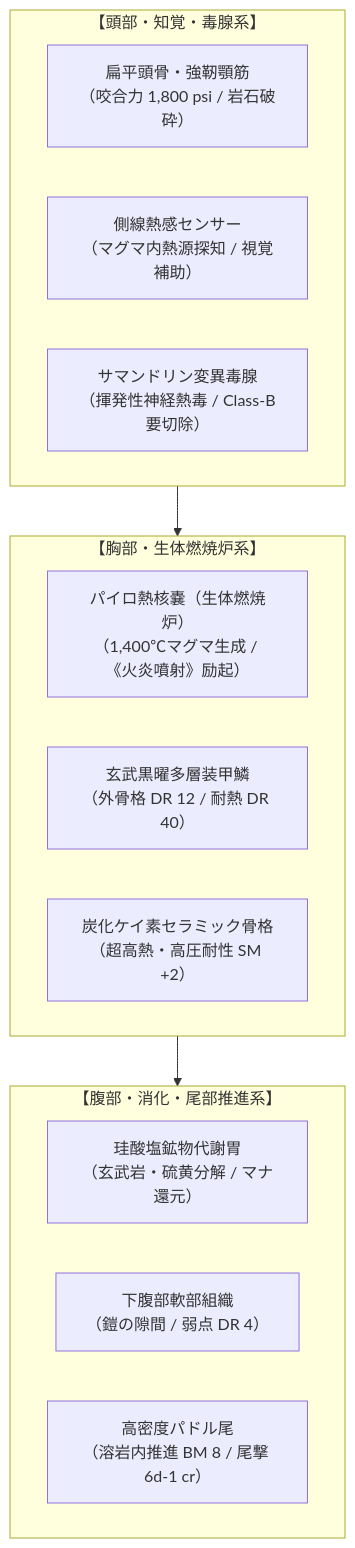
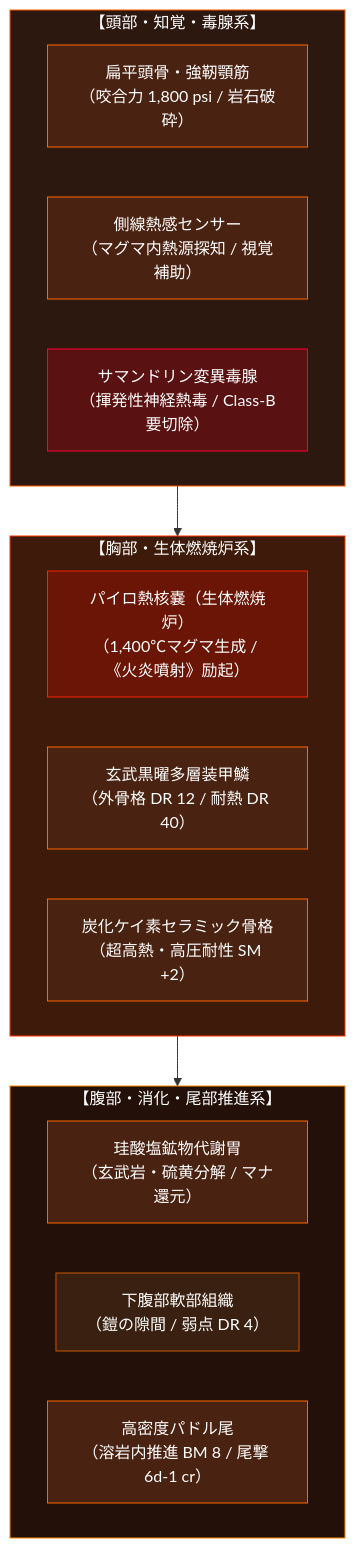
One commit to takenoriohno-cloud/world-building changed the first of 2 diagrams in creatures/004_magma_salamander.md. Above: the diagram before and after it, drawn with Mermaid. The commit also changed other lines of this file and 24 other files, not shown here.

````diff
--- a/creatures/004_magma_salamander.md
+++ b/creatures/004_magma_salamander.md
@@ -58,24 +77,37 @@
 ```mermaid
 flowchart TD
     %% マグマサラマンダー生体解剖・器官連関構造図
     subgraph CAPUT["【頭部・知覚・毒腺系】"]
         ORG1["扁平頭骨・強靭顎筋<br/>（咬合力 1,800 psi / 岩石破砕）"]
         ORG2["側線熱感センサー<br/>（マグマ内熱源探知 / 視覚補助）"]
         ORG3["サマンドリン変異毒腺<br/>（揮発性神経熱毒 / Class-B要切除）"]
     end
 
     subgraph THORAX["【胸部・生体燃焼炉系】"]
         ORG4["パイロ熱核嚢（生体燃焼炉）<br/>（1,400℃マグマ生成 / 《火炎噴射》励起）"]
         ORG5["玄武黒曜多層装甲鱗<br/>（外骨格 DR 12 / 耐熱 DR 40）"]
         ORG6["炭化ケイ素セラミック骨格<br/>（超高熱・高圧耐性 SM +2）"]
     end
 
     subgraph ABDOMEN["【腹部・消化・尾部推進系】"]
         ORG7["珪酸塩鉱物代謝胃<br/>（玄武岩・硫黄分解 / マナ還元）"]
         ORG8["下腹部軟部組織<br/>（鎧の隙間 / 弱点 DR 4）"]
         ORG9["高密度パドル尾<br/>（溶岩内推進 BM 8 / 尾撃 6d-1 cr）"]
     end
 
     CAPUT --> THORAX
     THORAX --> ABDOMEN
+
+    style CAPUT fill:#2d1810,stroke:#ff5500,color:#ffffff
+    style THORAX fill:#3d1a0a,stroke:#ff3300,color:#ffffff
+    style ABDOMEN fill:#231109,stroke:#ff8800,color:#ffffff
+    style ORG1 fill:#4a2211,stroke:#ff6600,color:#ffffff
+    style ORG2 fill:#4a2211,stroke:#ff6600,color:#ffffff
+    style ORG3 fill:#5a1111,stroke:#ff0033,color:#ffffff
+    style ORG4 fill:#6a1505,stroke:#ff2200,color:#ffffff
+    style ORG5 fill:#4a2211,stroke:#ff6600,color:#ffffff
+    style ORG6 fill:#4a2211,stroke:#ff6600,color:#ffffff
+    style ORG7 fill:#4a2211,stroke:#ff6600,color:#ffffff
+    style ORG8 fill:#3a2010,stroke:#cc5500,color:#ffffff
+    style ORG9 fill:#4a2211,stroke:#ff6600,color:#ffffff
 ```
````
